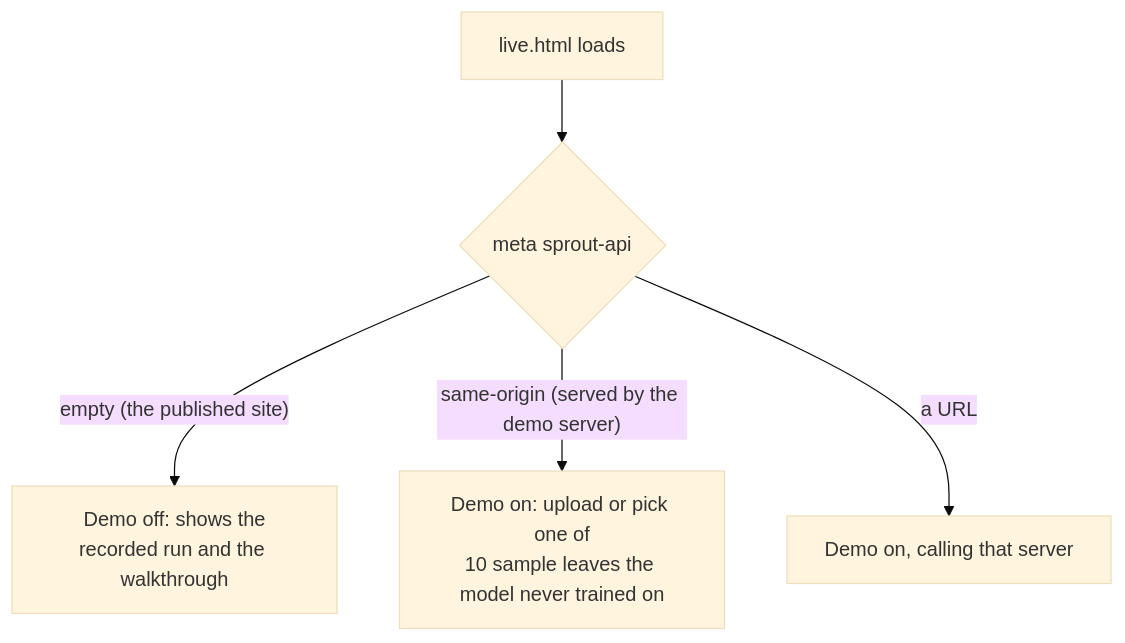
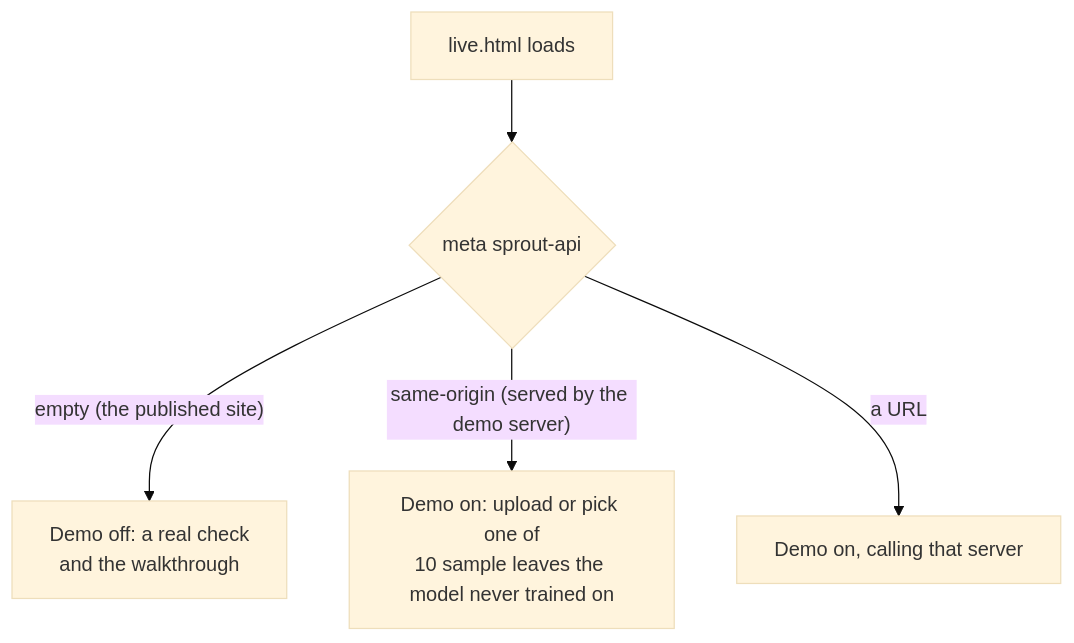
The second of 3 diagrams in docs/architecture/website.md (aakashksen/sprout), drawn with Mermaid (base theme) before and after one commit. The commit also changed other lines of this file and 6 other files, not shown here.

Commit message:
Drop the demo GIF; the demo-off screen shows a static check

````diff
--- a/docs/architecture/website.md
+++ b/docs/architecture/website.md
@@ -22,7 +22,7 @@
 ```mermaid
 flowchart TD
     LOAD["live.html loads"] --> META{"meta sprout-api"}
-    META -->|"empty (the published site)"| OFF["Demo off: shows the<br/>recorded run and the walkthrough"]
+    META -->|"empty (the published site)"| OFF["Demo off: a real check<br/>and the walkthrough"]
     META -->|"same-origin (served by the demo server)"| ON["Demo on: upload or pick one of<br/>10 sample leaves the model never trained on"]
     META -->|"a URL"| REMOTE["Demo on, calling that server"]
 ```
````
